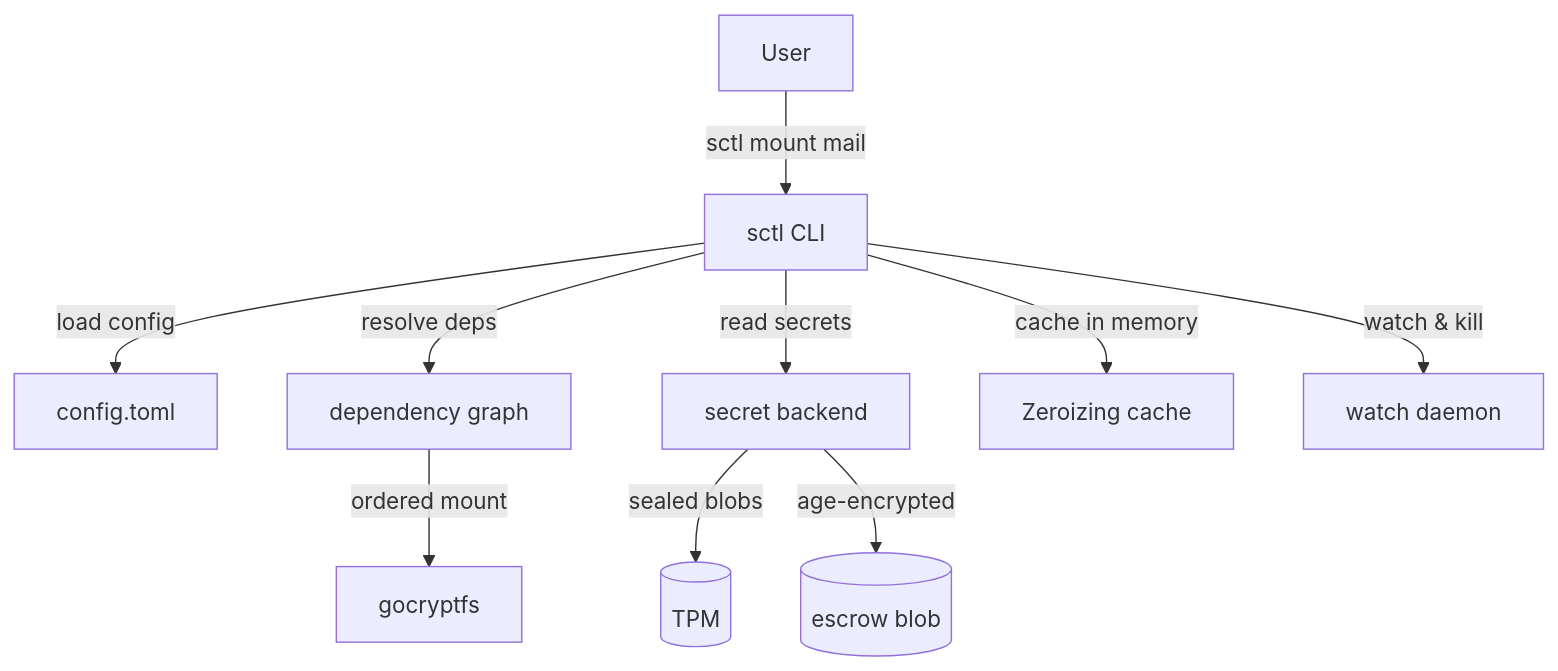
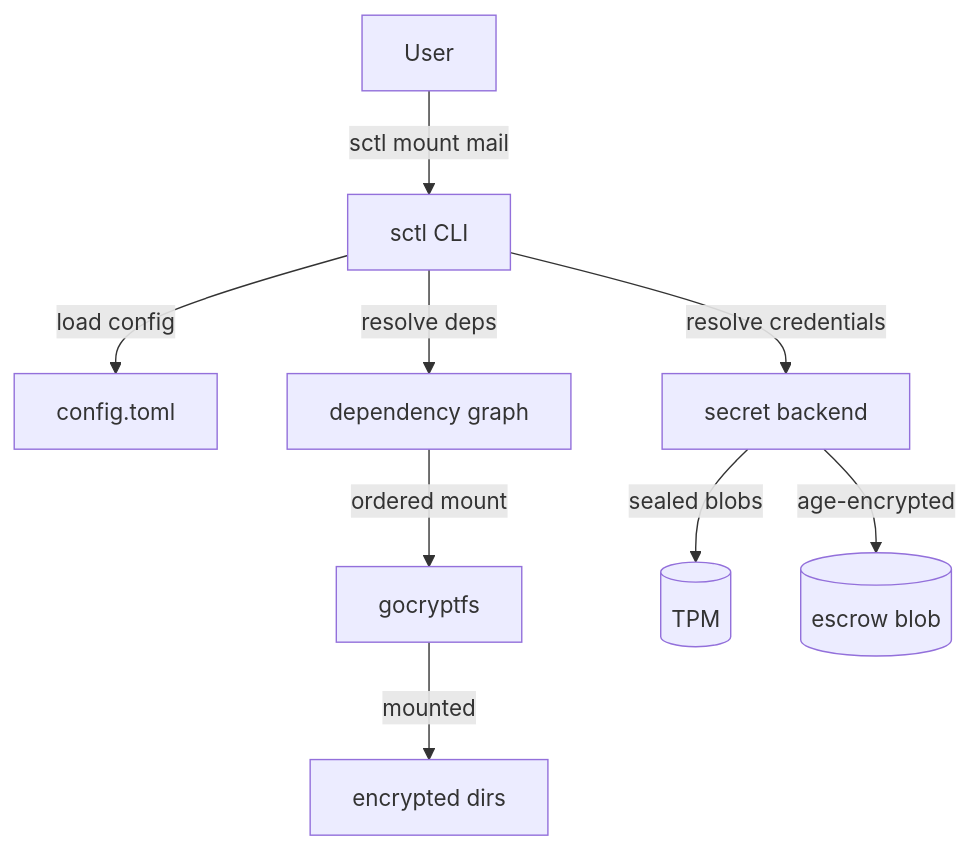
One commit to aldoshkineg/sctl changed the diagram in README.md. Above: the diagram before and after it, drawn with Mermaid. The commit also changed other lines of this file, not shown here.

Commit message:
docs: polish README per review — shorter intro, credentials wording, installation section, typical workflow, simplified architecture, improved security section

````diff
--- a/README.md
+++ b/README.md
@@ -73,15 +78,14 @@
 ```mermaid
 graph TB
     User["User"] -->|"sctl mount mail"| Cli["sctl CLI"]
 
-    Cli -->|"load config"| Cfg["config.toml"]
+    Cli -->|"load config"| Config["config.toml"]
     Cli -->|"resolve deps"| Deps["dependency graph"]
     Deps -->|"ordered mount"| Gocryptfs["gocryptfs"]
 
-    Cli -->|"read secrets"| Backend["secret backend"]
+    Cli -->|"resolve credentials"| Backend["secret backend"]
     Backend -->|"sealed blobs"| TPM[(TPM)]
     Backend -->|"age-encrypted"| Escrow[(escrow blob)]
 
-    Cli -->|"cache in memory"| Cache["Zeroizing cache"]
-    Cli -->|"watch & kill"| Watcher["watch daemon"]
+    Gocryptfs -->|"mounted"| Secrets[encrypted dirs]
 ```
````
